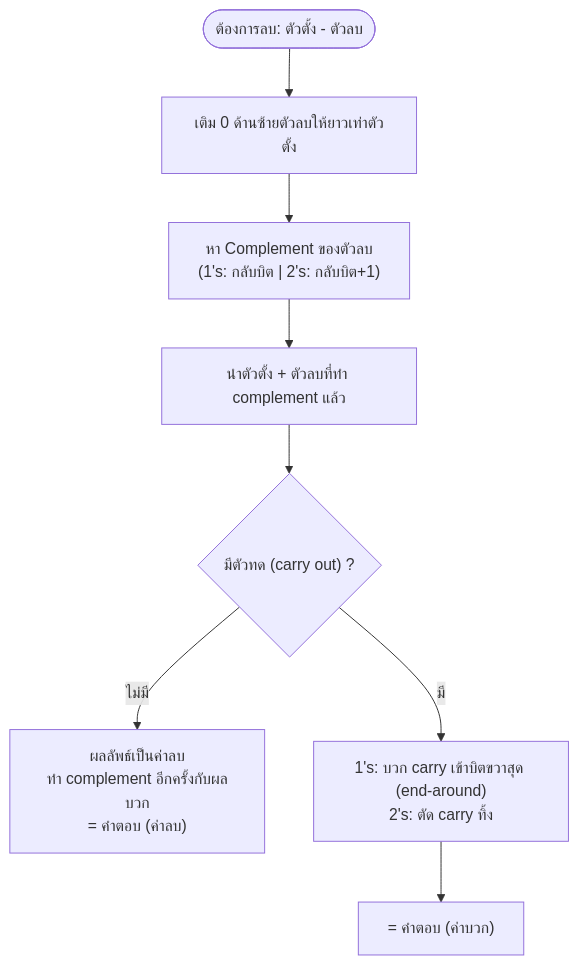
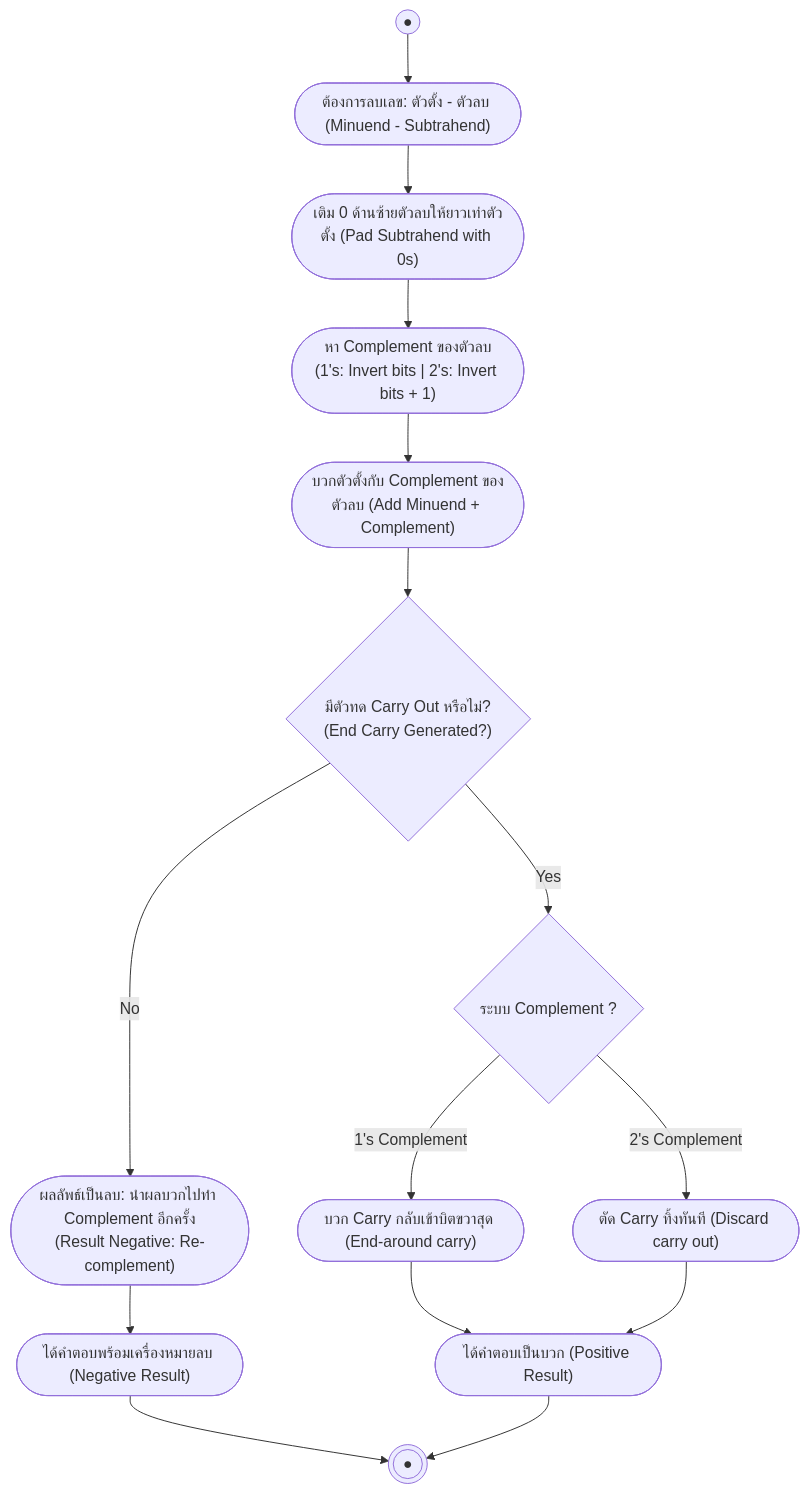
Before and after one commit to PhuriphatTyPeZ3r0/Course-1322201-Digital-Logic-Design-2026: the diagram in 01_Lectures/Week1/Complements.md, drawn with Mermaid. The commit also changed other lines of this file and 18 other files, not shown here.

Commit message:
refactor: standardize diagrams to UML specifications across notes and templates

````diff
--- a/01_Lectures/Week1/Complements.md
+++ b/01_Lectures/Week1/Complements.md
@@ -51,11 +53,19 @@
 ```mermaid
 flowchart TD
-    Start(["ต้องการลบ: ตัวตั้ง - ตัวลบ"]) --> Pad["เติม 0 ด้านซ้ายตัวลบให้ยาวเท่าตัวตั้ง"]
-    Pad --> Comp["หา Complement ของตัวลบ<br/>(1's: กลับบิต | 2's: กลับบิต+1)"]
-    Comp --> AddStep["นำตัวตั้ง + ตัวลบที่ทำ complement แล้ว"]
-    AddStep --> HasCarry{"มีตัวทด (carry out) ?"}
+    Start((●)) --> Init(["ต้องการลบเลข: ตัวตั้ง - ตัวลบ (Minuend - Subtrahend)"])
+    Init --> Pad(["เติม 0 ด้านซ้ายตัวลบให้ยาวเท่าตัวตั้ง (Pad Subtrahend with 0s)"])
+    Pad --> Comp(["หา Complement ของตัวลบ<br/>(1's: Invert bits | 2's: Invert bits + 1)"])
+    Comp --> AddStep(["บวกตัวตั้งกับ Complement ของตัวลบ (Add Minuend + Complement)"])
+    AddStep --> HasCarry{"มีตัวทด Carry Out หรือไม่?<br/>(End Carry Generated?)"}
 
-    HasCarry -->|"ไม่มี"| Negative["ผลลัพธ์เป็นค่าลบ<br/>ทำ complement อีกครั้งกับผลบวก<br/>= คำตอบ (ค่าลบ)"]
-    HasCarry -->|"มี"| Positive1["1's: บวก carry เข้าบิตขวาสุด (end-around)<br/>2's: ตัด carry ทิ้ง"]
-    Positive1 --> Done["= คำตอบ (ค่าบวก)"]
+    HasCarry -->|No| Negative(["ผลลัพธ์เป็นลบ: นำผลบวกไปทำ Complement อีกครั้ง<br/>(Result Negative: Re-complement)"])
+    HasCarry -->|Yes| CheckType{"ระบบ Complement ?"}
+    CheckType -->|"1's Complement"| EndAround(["บวก Carry กลับเข้าบิตขวาสุด (End-around carry)"])
+    CheckType -->|"2's Complement"| Discard(["ตัด Carry ทิ้งทันที (Discard carry out)"])
+
+    Negative --> Done(["ได้คำตอบพร้อมเครื่องหมายลบ (Negative Result)"])
+    EndAround --> DonePos(["ได้คำตอบเป็นบวก (Positive Result)"])
+    Discard --> DonePos
+    Done --> Stop(((●)))
+    DonePos --> Stop
 ```
````
